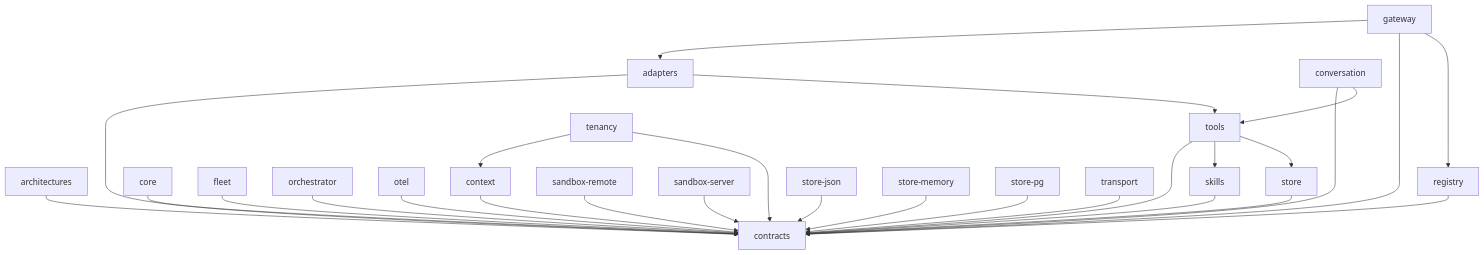
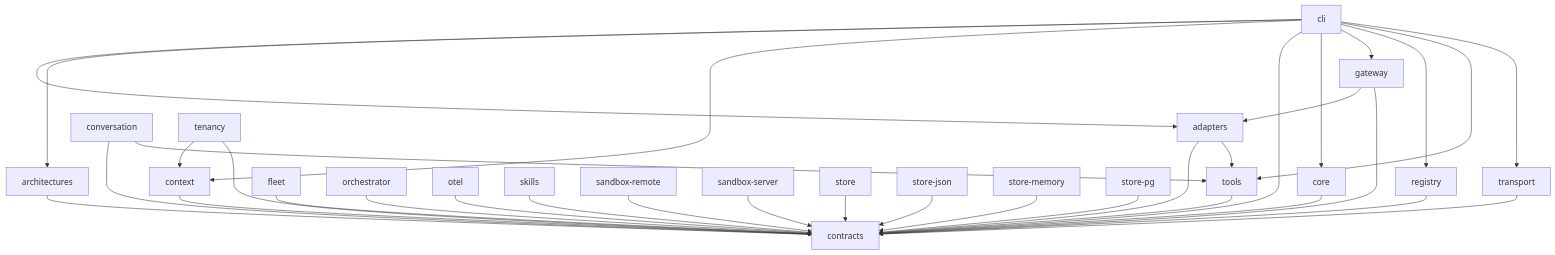
Before and after one commit to donggyun112/nexora: the diagram in docs/architecture/packages-map.md, drawn with Mermaid. The commit also changed other lines of this file and 18 other files, not shown here.

First line of the commit message:
refactor(tools): drop hard skills/store deps, promote registry to stable

````diff
--- a/docs/architecture/packages-map.md
+++ b/docs/architecture/packages-map.md
@@ -37,30 +37,36 @@
 ```mermaid
 graph TD
   adapters --> contracts
   adapters --> tools
   architectures --> contracts
   context --> contracts
   conversation --> contracts
   conversation --> tools
   core --> contracts
   fleet --> contracts
   orchestrator --> contracts
   otel --> contracts
   skills --> contracts
   sandbox_remote[sandbox-remote] --> contracts
   sandbox_server[sandbox-server] --> contracts
   store --> contracts
   store_json[store-json] --> contracts
   store_memory[store-memory] --> contracts
   store_pg[store-pg] --> contracts
   tenancy --> context
   tenancy --> contracts
   tools --> contracts
-  tools --> skills
-  tools --> store
   transport --> contracts
   gateway --> adapters
   gateway --> contracts
-  gateway --> registry
   registry --> contracts
+  cli --> adapters
+  cli --> architectures
+  cli --> context
+  cli --> contracts
+  cli --> core
+  cli --> gateway
+  cli --> registry
+  cli --> tools
+  cli --> transport
 ```
````
